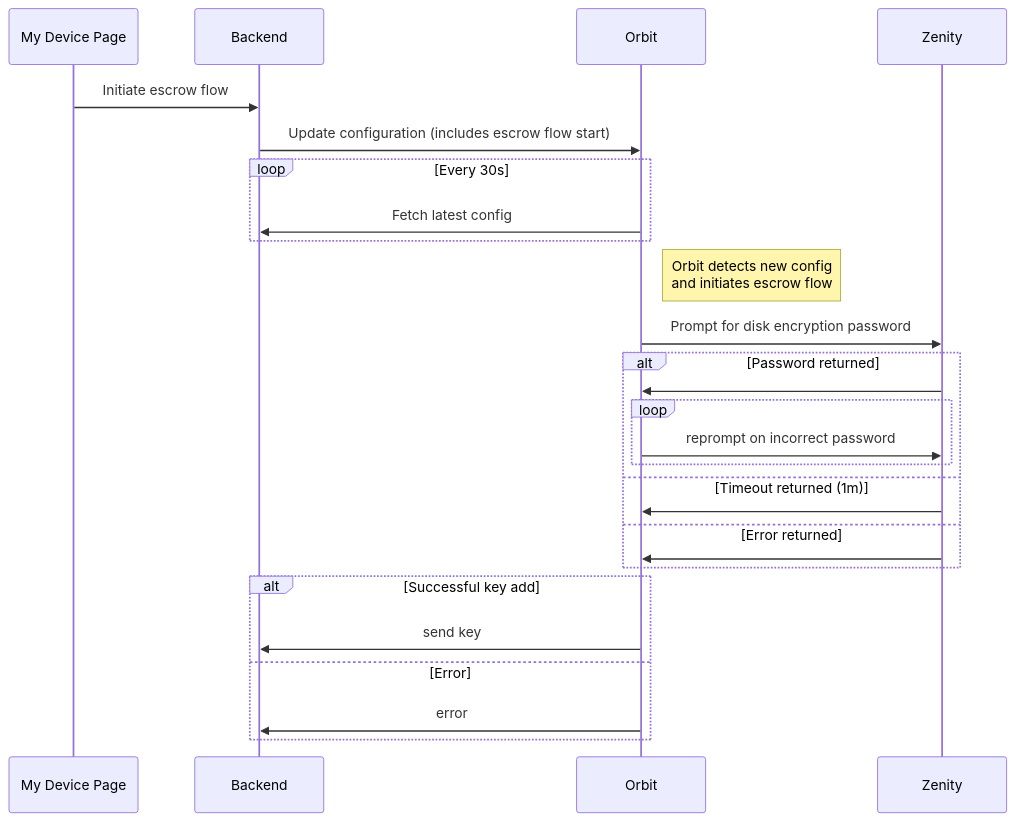
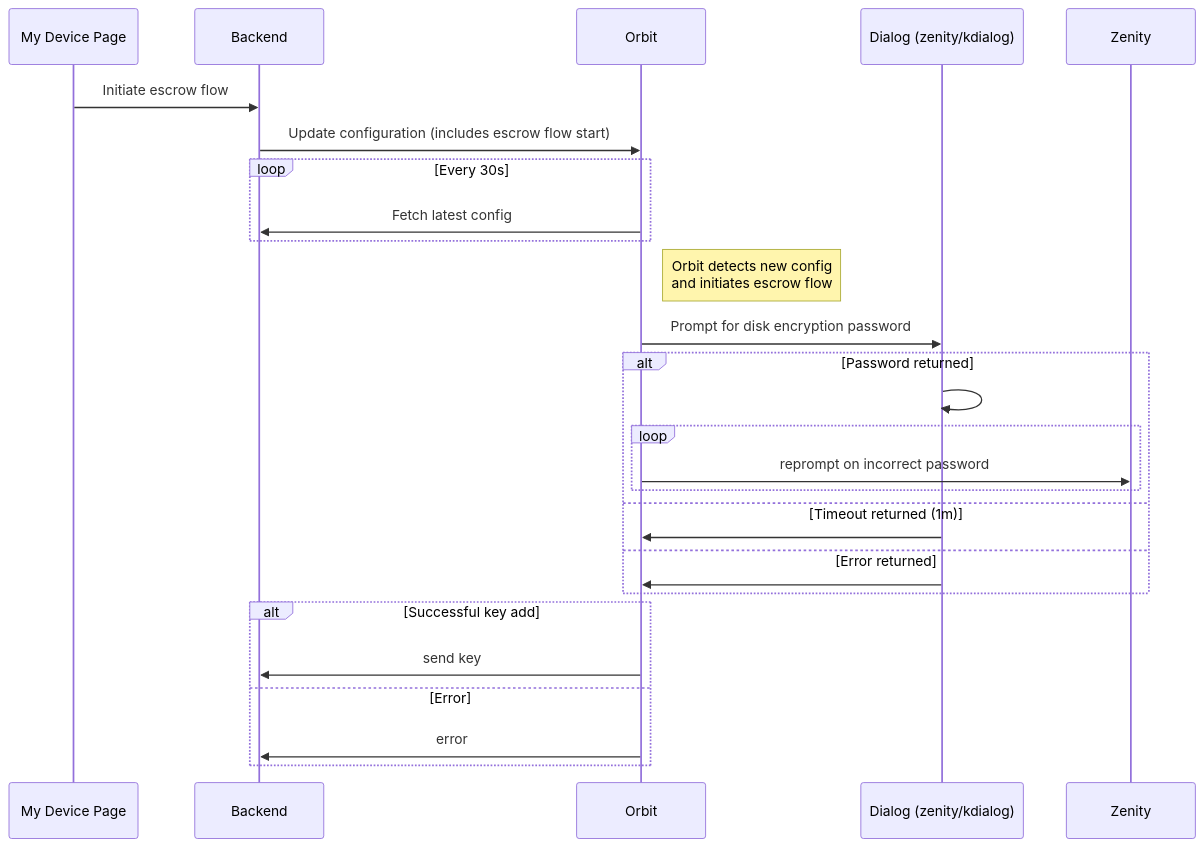
One commit to fleetdm/fleet changed the diagram in server/mdm/linux/README.md. Above: the diagram before and after it, drawn with Mermaid.

Commit message:
update dialog

````diff
--- a/server/mdm/linux/README.md
+++ b/server/mdm/linux/README.md
@@ -3,34 +3,34 @@
 ```mermaid
 sequenceDiagram   
     participant MyDevicePage as My Device Page
     participant Backend as Backend
     participant Orbit as Orbit
-    participant Zenity as Zenity
+    participant Dialog as Dialog (zenity/kdialog)
 
     MyDevicePage->>Backend: Initiate escrow flow
     Backend->>Orbit: Update configuration (includes escrow flow start)
     
     loop Every 30s
         Orbit->>Backend: Fetch latest config
     end
     
     Note right of Orbit: Orbit detects new config<br>and initiates escrow flow
-    Orbit->>Zenity: Prompt for disk encryption password
+    Orbit->>Dialog: Prompt for disk encryption password
     
     alt Password returned
-        Zenity->>Orbit: 
+        Dialog->>Dialog: 
         loop 
             Orbit->>Zenity: reprompt on incorrect password
         end
     else Timeout returned (1m)
-        Zenity->>Orbit: 
+        Dialog->>Orbit: 
     else Error returned
-        Zenity->>Orbit: 
+        Dialog->>Orbit: 
     end
 
     alt Successful key add
         Orbit->>Backend: send key
     else Error
         Orbit->>Backend: error
     end
 ```
````
